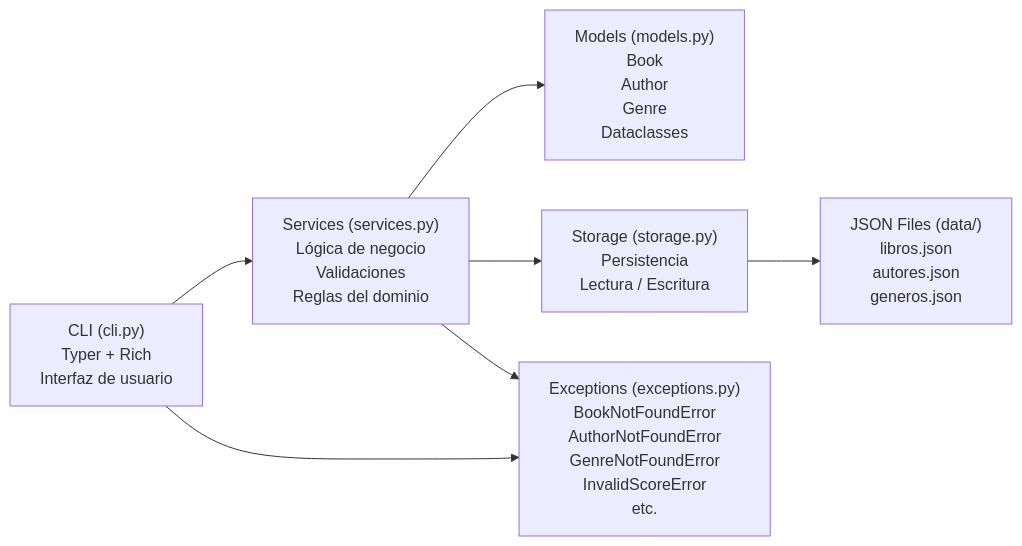
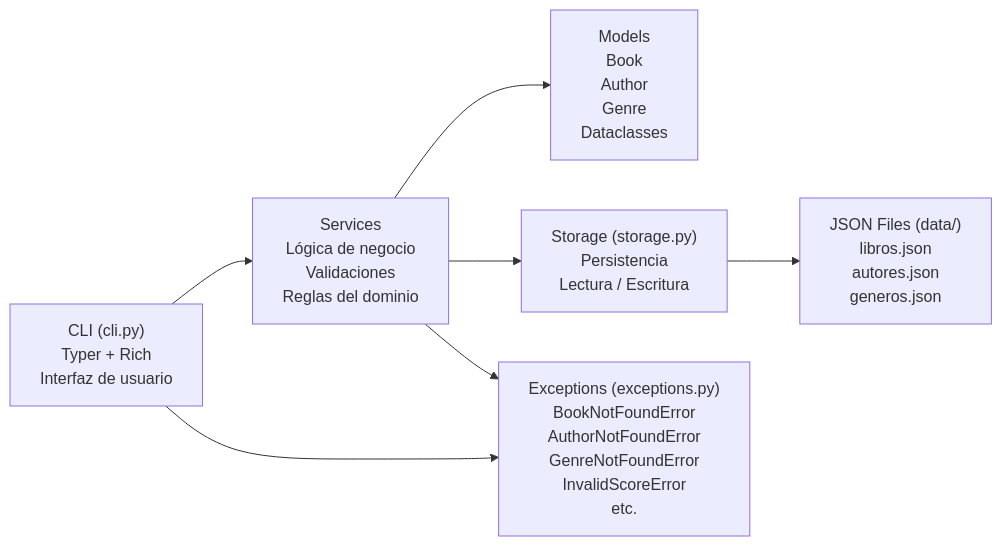
Before and after one commit to jeropez/personal_library: the first of 3 diagrams in docs/architecture.md, drawn with Mermaid. The commit also changed other lines of this file and 27 other files, not shown here.

````diff
--- a/docs/architecture.md
+++ b/docs/architecture.md
@@ -3,21 +3,21 @@
 ```mermaid
 flowchart LR
     CLI["CLI (cli.py)<br/>Typer + Rich<br/>Interfaz de usuario"]
 
-    SERVICES["Services (services.py)<br/>Lógica de negocio<br/>Validaciones<br/>Reglas del dominio"]
+    SERVICES["Services<br/>Lógica de negocio<br/>Validaciones<br/>Reglas del dominio"]
 
-    MODELS["Models (models.py)<br/>Book<br/>Author<br/>Genre<br/>Dataclasses"]
+    MODELS["Models<br/>Book<br/>Author<br/>Genre<br/>Dataclasses"]
 
     STORAGE["Storage (storage.py)<br/>Persistencia<br/>Lectura / Escritura"]
 
     DATA["JSON Files (data/)<br/>libros.json<br/>autores.json<br/>generos.json"]
 
     EXCEPTIONS["Exceptions (exceptions.py)<br/>BookNotFoundError<br/>AuthorNotFoundError<br/>GenreNotFoundError<br/>InvalidScoreError<br/>etc."]
 
     CLI --> SERVICES
     SERVICES --> STORAGE
     STORAGE --> DATA
     SERVICES --> MODELS
     SERVICES --> EXCEPTIONS
     CLI --> EXCEPTIONS
 ```
````
